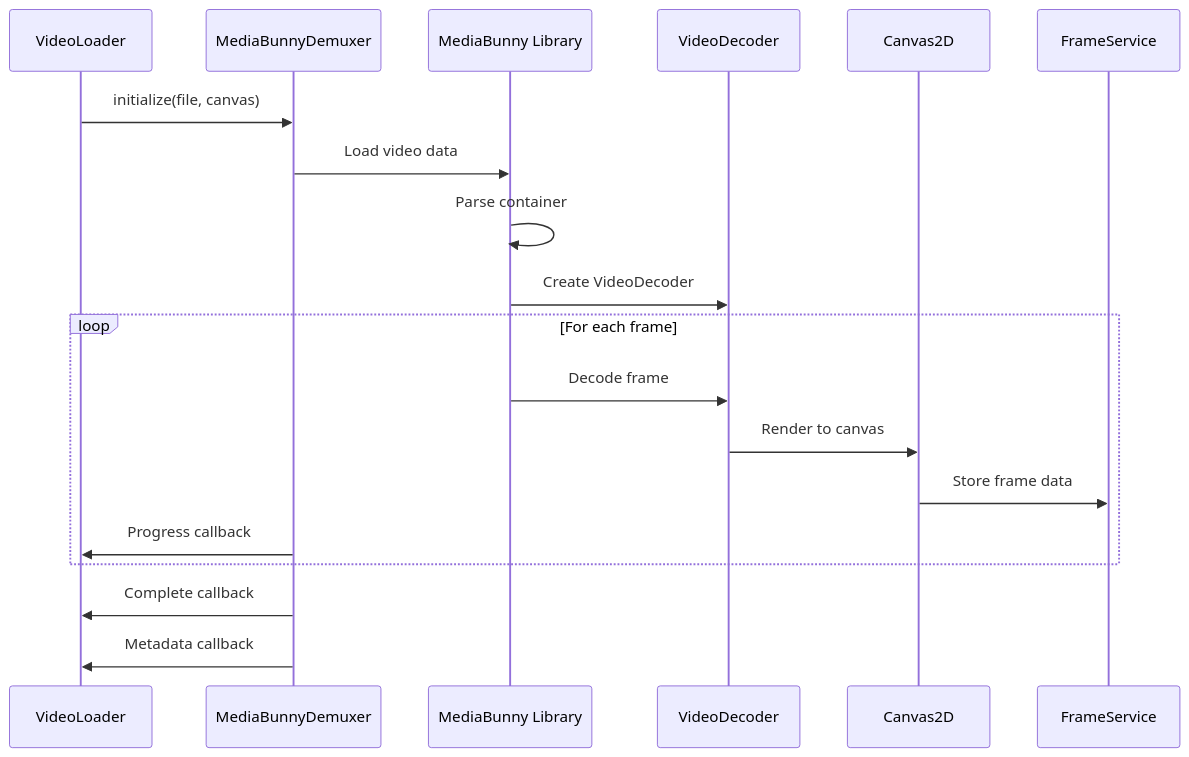
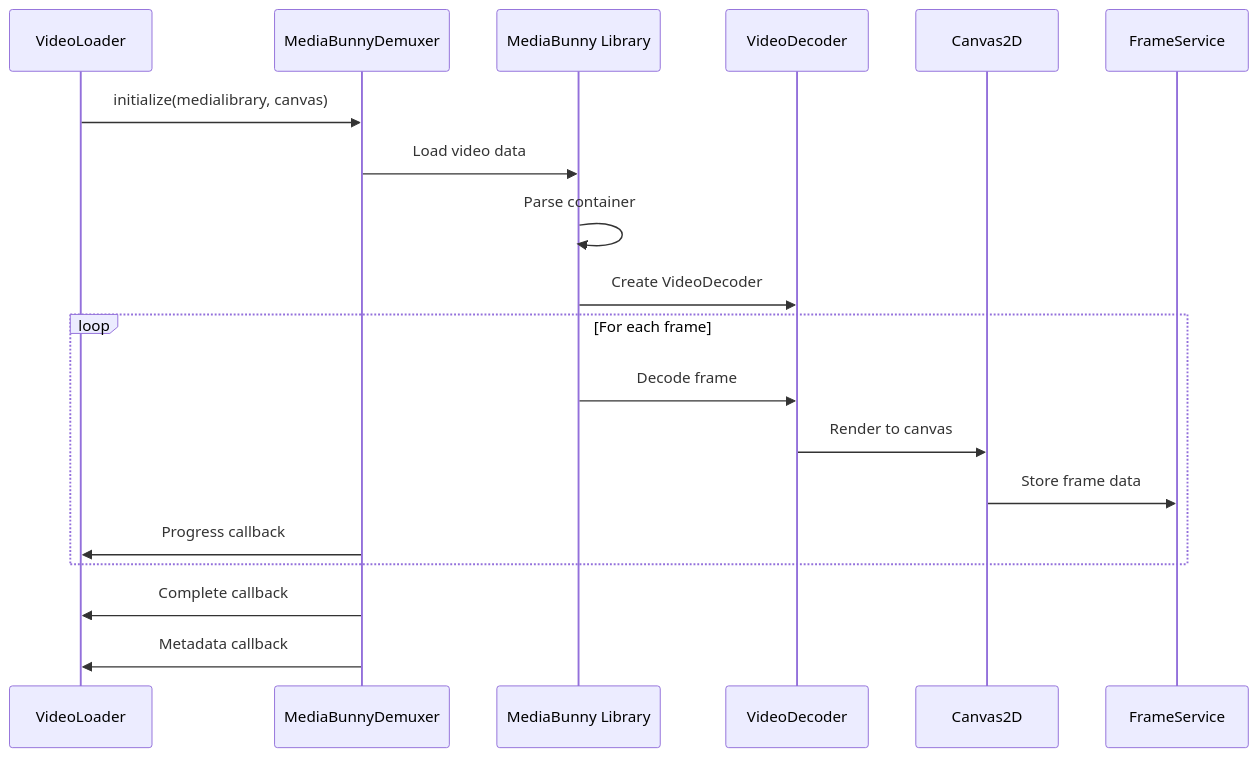
Before and after one commit to apssouza22/web-video-edit: the third of 9 diagrams in docs/architecture/04-video-pipeline.md, drawn with Mermaid. The commit also changed other lines of this file and 17 other files, not shown here.

````diff
--- a/docs/architecture/04-video-pipeline.md
+++ b/docs/architecture/04-video-pipeline.md
@@ -138,24 +138,24 @@
 ```mermaid
 sequenceDiagram
     participant Loader as VideoLoader
     participant Demux as MediaBunnyDemuxer
     participant MediaBunny as MediaBunny Library
     participant Decoder as VideoDecoder
     participant Canvas as Canvas2D
     participant Frame as FrameService
 
-    Loader->>Demux: initialize(file, canvas)
+    Loader->>Demux: initialize(medialibrary, canvas)
     Demux->>MediaBunny: Load video data
     MediaBunny->>MediaBunny: Parse container
     MediaBunny->>Decoder: Create VideoDecoder
     
     loop For each frame
         MediaBunny->>Decoder: Decode frame
         Decoder->>Canvas: Render to canvas
         Canvas->>Frame: Store frame data
         Demux->>Loader: Progress callback
     end
     
     Demux->>Loader: Complete callback
     Demux->>Loader: Metadata callback
 ```
````
